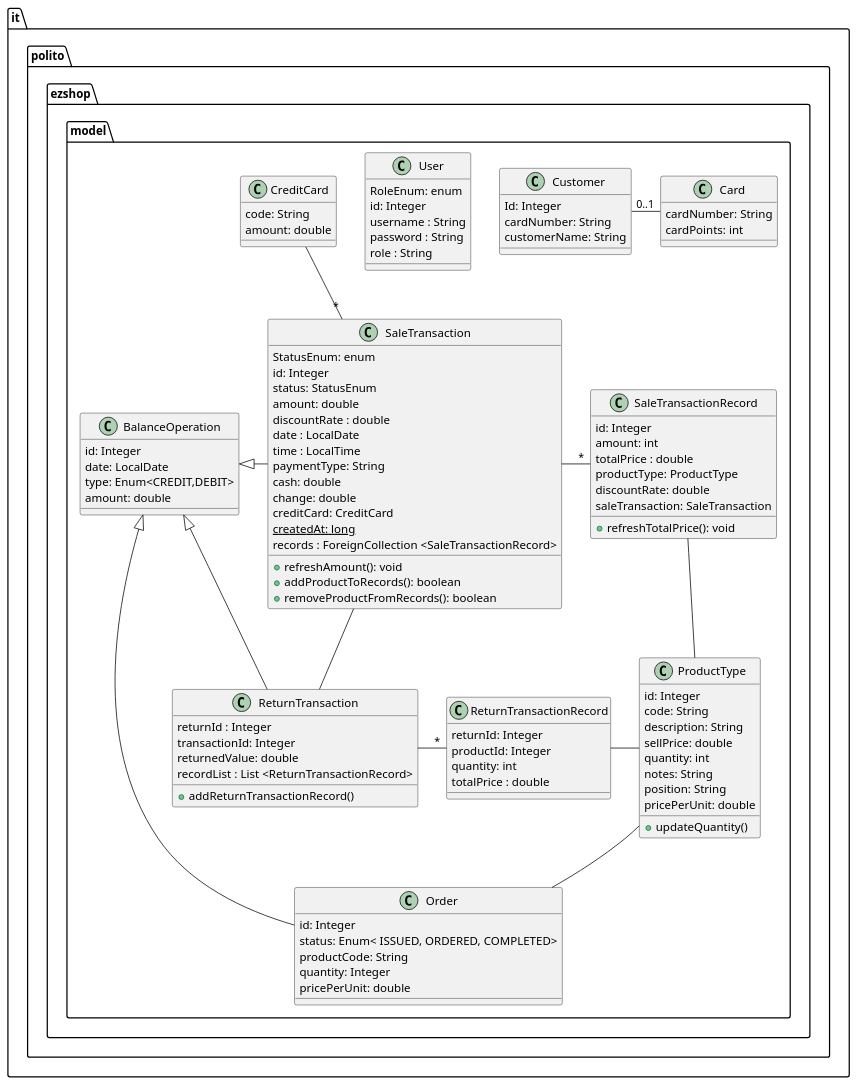
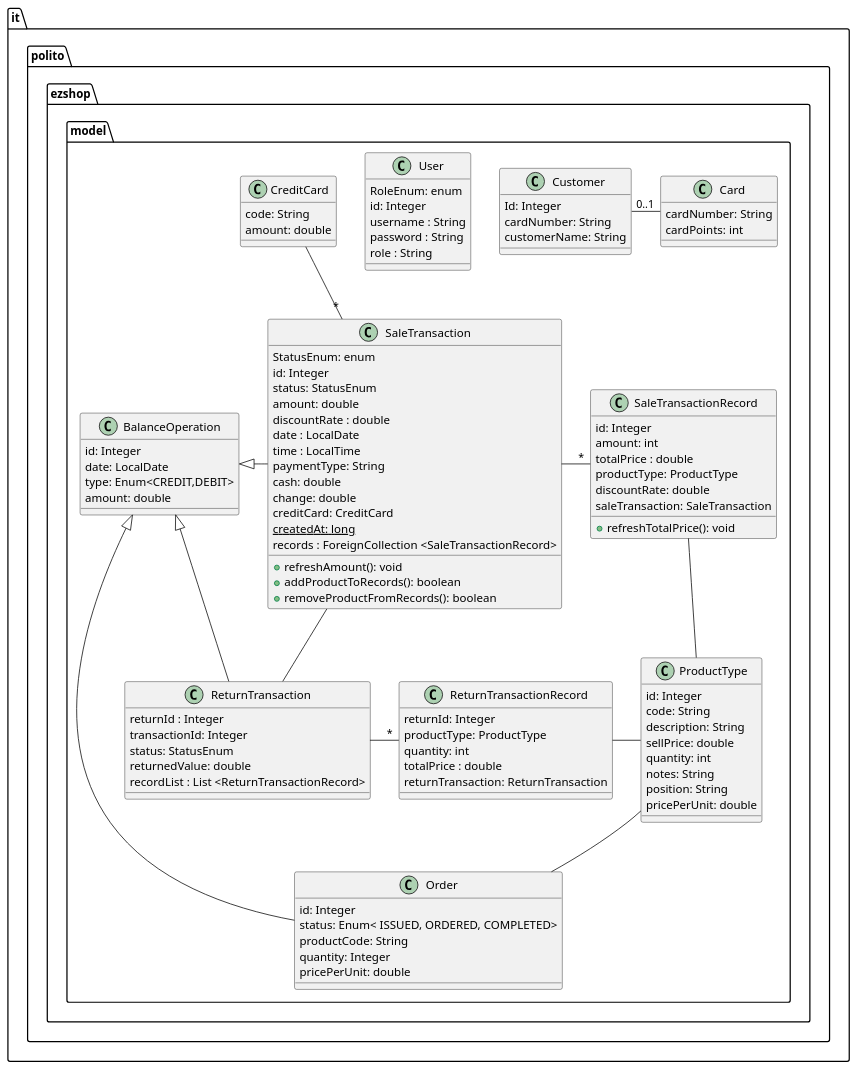
One commit to paocela/EzShop changed the third of 29 diagrams in Deliverables/DesignDocument.md. Above: the diagram before and after it, drawn with PlantUML.

Commit message:
Updated ProductType, ReturnTransaction and ReturnTransactionRecord into DesignDocument.md

```diff
--- a/Deliverables/DesignDocument.md
+++ b/Deliverables/DesignDocument.md
@@ -201,7 +201,6 @@
         notes: String
         position: String
         pricePerUnit: double
-        + updateQuantity()
 
 
     }
@@ -238,16 +237,17 @@
     class ReturnTransaction {
         returnId : Integer
         transactionId: Integer
+        status: StatusEnum
         returnedValue: double
         recordList : List <ReturnTransactionRecord>        
-        + addReturnTransactionRecord()
 
     }
     class ReturnTransactionRecord {
         returnId: Integer
-        productId: Integer
+        productType: ProductType
         quantity: int
         totalPrice : double
+        returnTransaction: ReturnTransaction
 
     }
    
```
